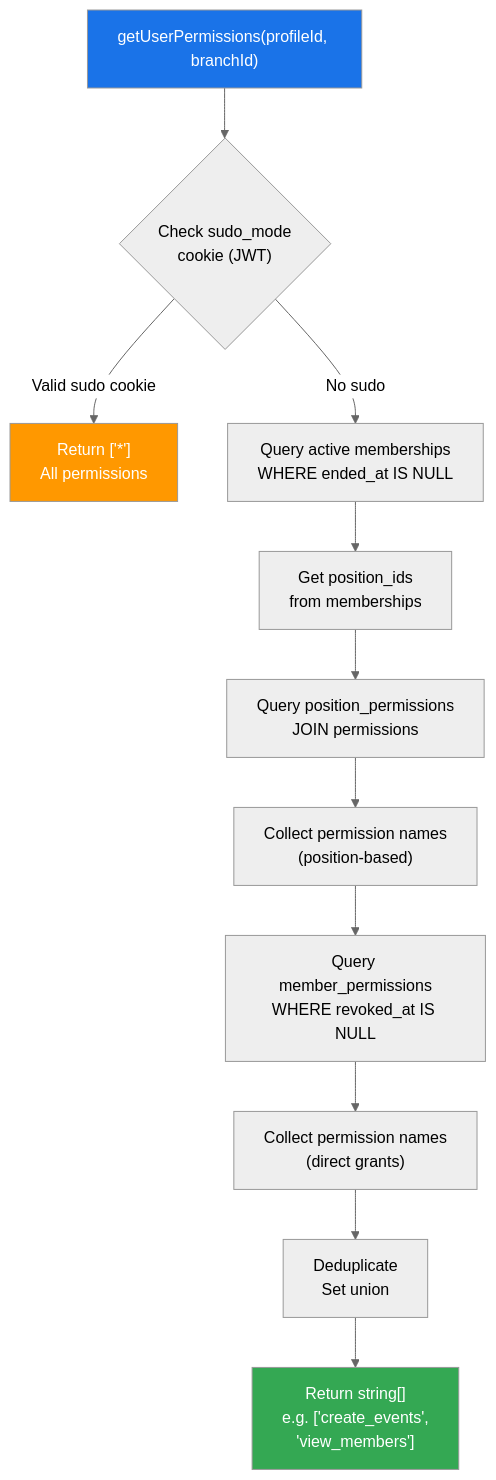
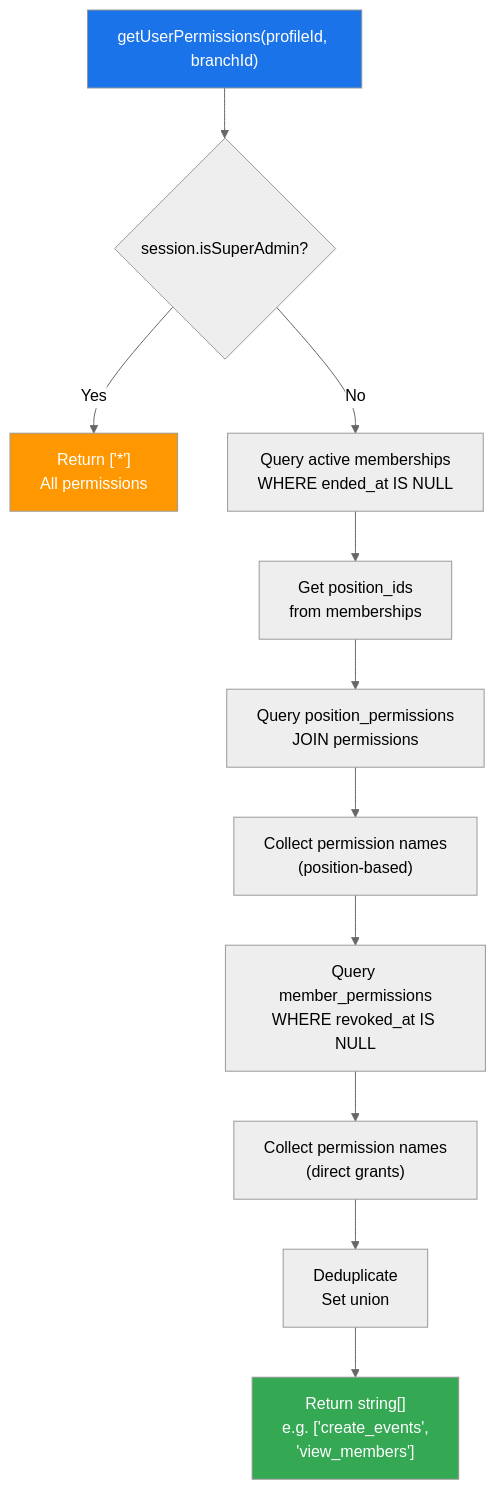
Before and after one commit to IEEE-Student-Branch-NU/Atrium: the ninth of 14 diagrams in docs/AUTH.md, drawn with Mermaid (neutral theme). The commit also changed other lines of this file and 16 other files, not shown here.

````diff
--- a/docs/AUTH.md
+++ b/docs/AUTH.md
@@ -348,17 +355,17 @@
 ```mermaid
 flowchart TD
-    A["getUserPermissions(profileId, branchId)"] --> B{"Check sudo_mode<br/>cookie (JWT)"}
-    B -->|"Valid sudo cookie"| C["Return ['*']<br/>All permissions"]
-    B -->|"No sudo"| D["Query active memberships<br/>WHERE ended_at IS NULL"]
+    A["getUserPermissions(profileId, branchId)"] --> B{"session.isSuperAdmin?"}
+    B -->|"Yes"| C["Return ['*']<br/>All permissions"]
+    B -->|"No"| D["Query active memberships<br/>WHERE ended_at IS NULL"]
     D --> E["Get position_ids<br/>from memberships"]
     E --> F["Query position_permissions<br/>JOIN permissions"]
     F --> G["Collect permission names<br/>(position-based)"]
     G --> H["Query member_permissions<br/>WHERE revoked_at IS NULL"]
     H --> I["Collect permission names<br/>(direct grants)"]
     I --> J["Deduplicate<br/>Set union"]
     J --> K["Return string[]<br/>e.g. ['create_events',<br/>'view_members']"]
 
     style A fill:#1a73e8,color:#fff
     style C fill:#FF9800,color:#fff
     style K fill:#34A853,color:#fff
 ```
````
